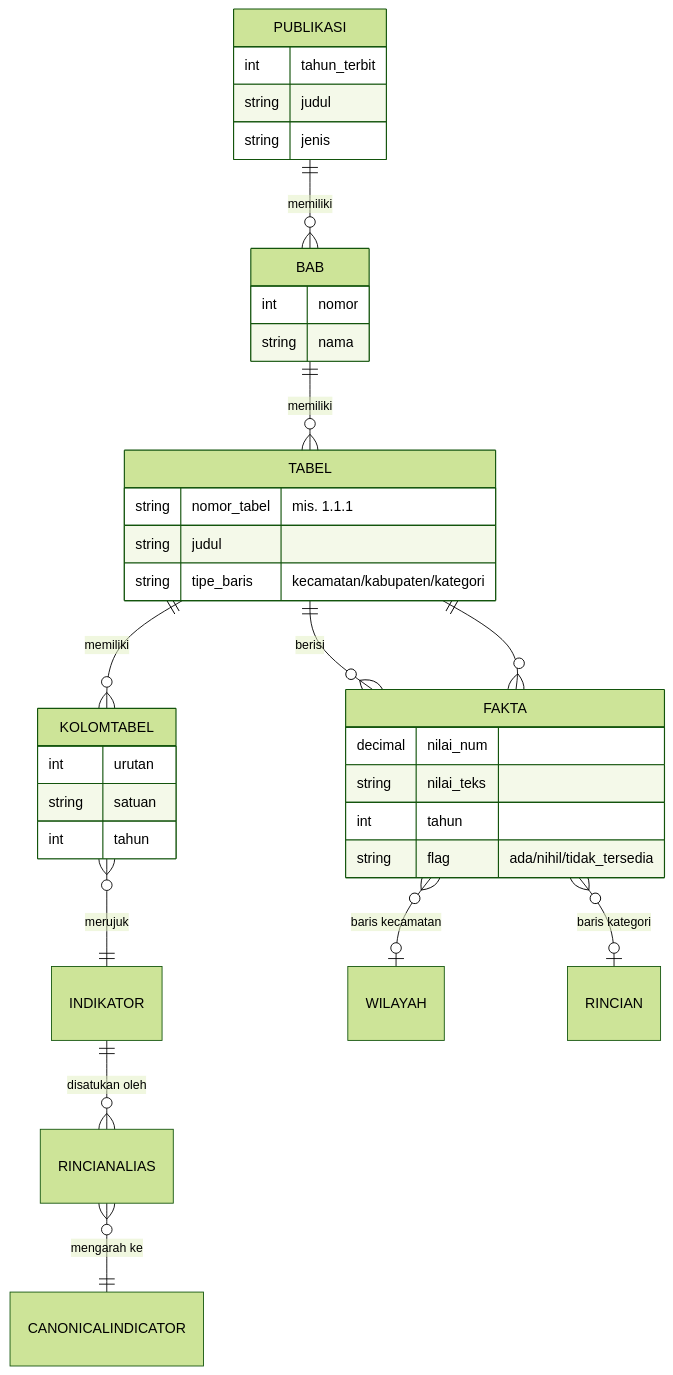
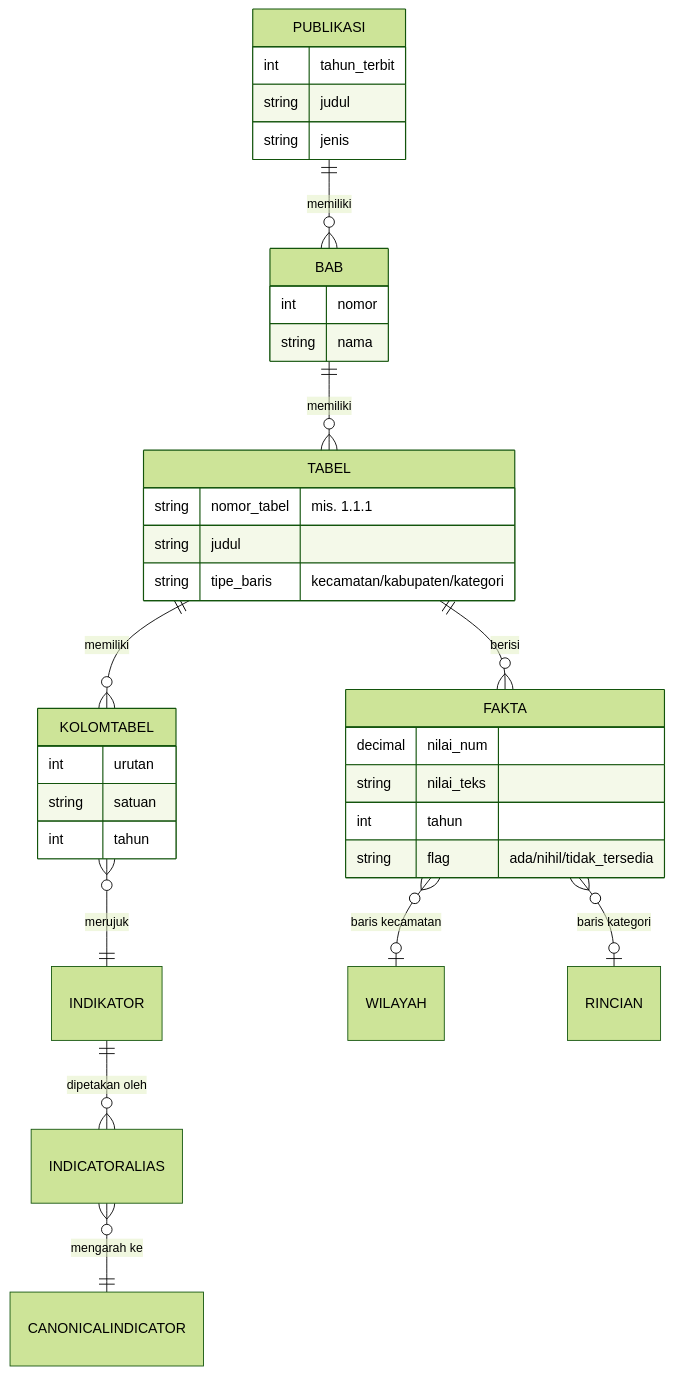
One commit to feb027/Project_BPS changed the fourth of 5 diagrams in README.md. Above: the diagram before and after it, drawn with Mermaid (forest theme). The commit also changed other lines of this file, not shown here.

First line of the commit message:
docs: README v3 — fix mermaid parse errors, add full PostgreSQL migration guide

````diff
--- a/README.md
+++ b/README.md
@@ -106,38 +125,37 @@
 ```mermaid
 erDiagram
-    PUBLIKASI ||--o{ BAB : memiliki
-    BAB ||--o{ TABEL : memiliki
-    TABEL ||--o{ KOLOMTABEL : memiliki
-    TABEL ||--o{ FAKTA : berisi
-    KOLOMTABEL }o--|| INDIKATOR : merujuk
-    INDIKATOR ||--o{ RINCIANALIAS : "disatukan oleh"
-    RINCIANALIAS }o--|| CANONICALINDICATOR : "mengarah ke"
-    TABEL ||--o{ FAKTA : ""
+    PUBLIKASI ||--o{ BAB : "memiliki"
+    BAB ||--o{ TABEL : "memiliki"
+    TABEL ||--o{ KOLOMTABEL : "memiliki"
+    TABEL ||--o{ FAKTA : "berisi"
+    KOLOMTABEL }o--|| INDIKATOR : "merujuk"
+    INDIKATOR ||--o{ INDICATORALIAS : "dipetakan oleh"
+    INDICATORALIAS }o--|| CANONICALINDICATOR : "mengarah ke"
     FAKTA }o--o| WILAYAH : "baris kecamatan"
     FAKTA }o--o| RINCIAN : "baris kategori"
     PUBLIKASI {
         int tahun_terbit
         string judul
         string jenis
     }
     BAB {
         int nomor
         string nama
     }
     TABEL {
         string nomor_tabel "mis. 1.1.1"
         string judul
         string tipe_baris "kecamatan/kabupaten/kategori"
     }
     KOLOMTABEL {
         int urutan
         string satuan
         int tahun
     }
     FAKTA {
         decimal nilai_num
         string nilai_teks
         int tahun
         string flag "ada/nihil/tidak_tersedia"
     }
 ```
````
